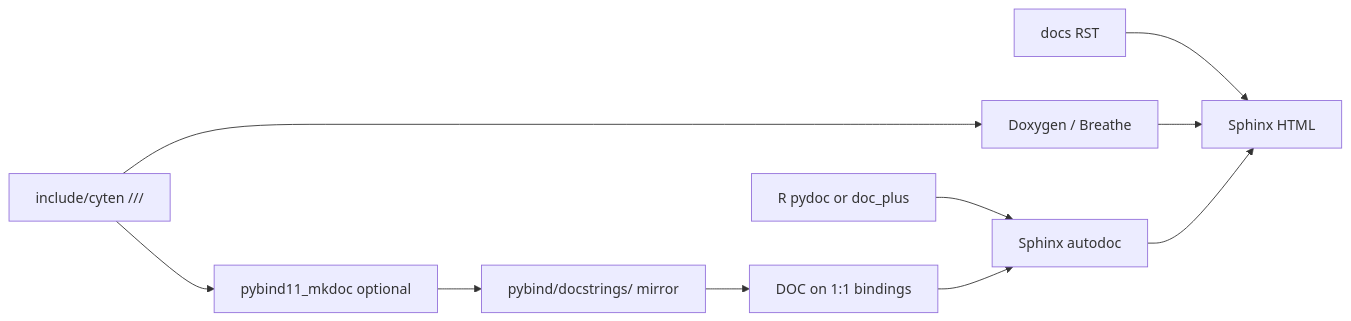
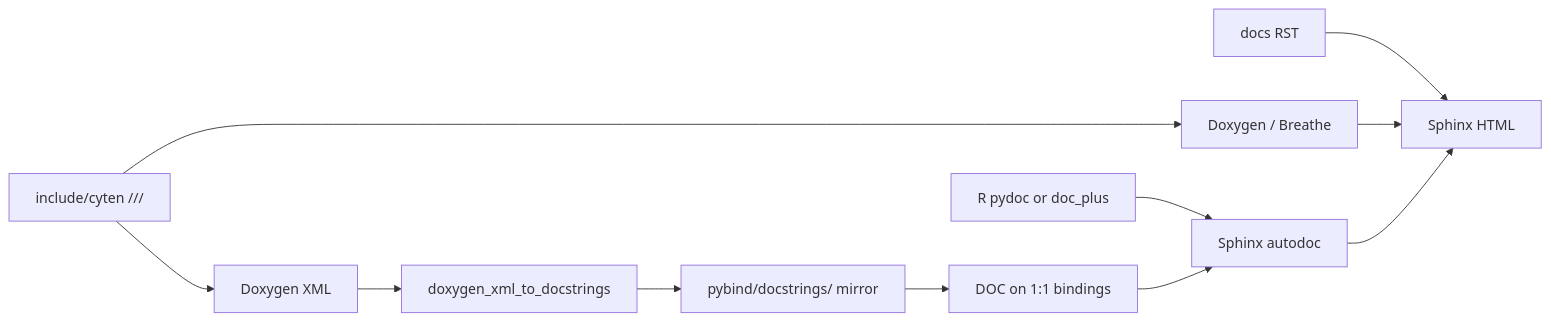
One commit to tenpy/cyten changed the diagram in docs/cpp_conversion/docstring_porting.md. Above: the diagram before and after it, drawn with Mermaid. The commit also changed other lines of this file and 8 other files, not shown here.

Commit message:
use a doxygen_xml_to_docstrings.py script instead of pybind11-mkdocs

````diff
--- a/docs/cpp_conversion/docstring_porting.md
+++ b/docs/cpp_conversion/docstring_porting.md
@@ -24,12 +25,13 @@
 ```mermaid
 flowchart LR
-  headers["include/cyten ///"] --> doxygen["Doxygen / Breathe"]
-  headers --> mkdoc["pybind11_mkdoc optional"]
-  mkdoc --> docsh["pybind/docstrings/ mirror"]
+  headers["include/cyten ///"] --> doxygen["Doxygen XML"]
+  doxygen --> script["doxygen_xml_to_docstrings"]
+  script --> docsh["pybind/docstrings/ mirror"]
   docsh --> direct["DOC on 1:1 bindings"]
   wrappers["R pydoc or doc_plus"] --> autodoc["Sphinx autodoc"]
   direct --> autodoc
   rst["docs RST"] --> sphinx["Sphinx HTML"]
-  doxygen --> sphinx
+  headers --> breathe["Doxygen / Breathe"]
+  breathe --> sphinx
   autodoc --> sphinx
 ```
````
